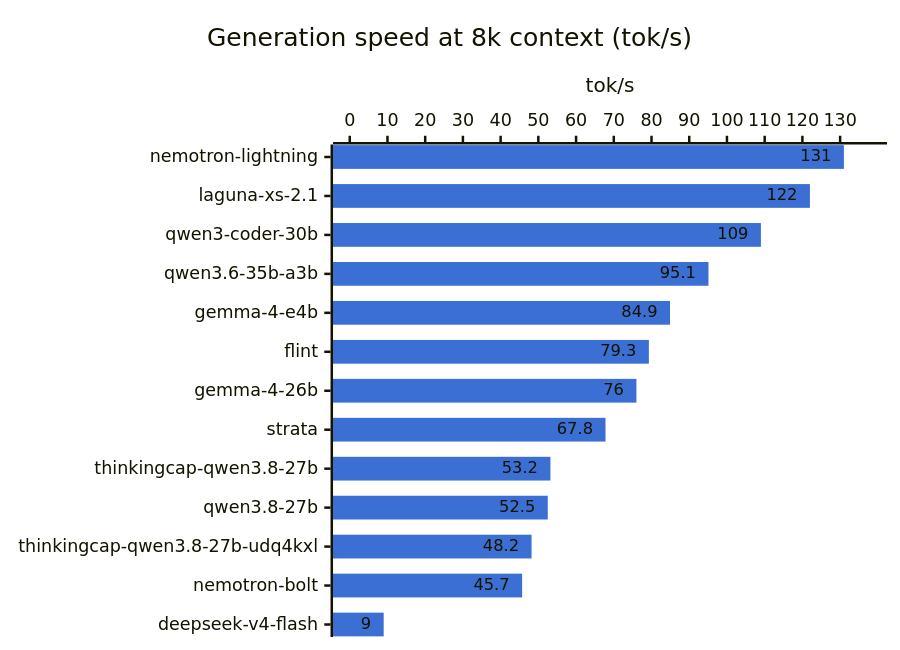
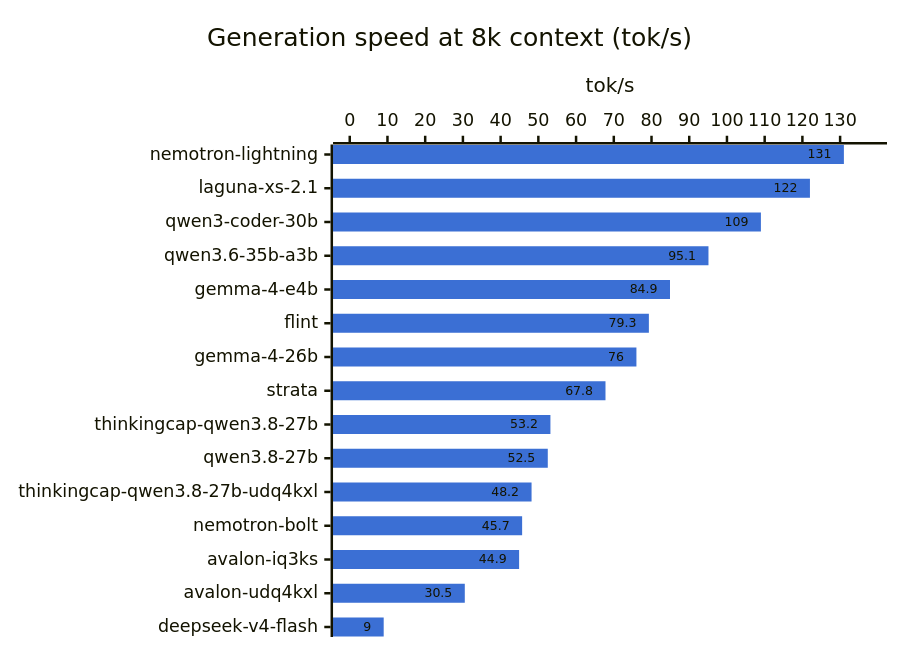
Before and after one commit to hofftodd/ai-bench: the third of 3 diagrams in RESULTS.md, drawn with Mermaid. The commit also changed other lines of this file and 7 other files, not shown here.

First line of the commit message:
Results: Avalon (Qwen3.8-Flash-Next) quick profile at IQ3_KS and UD-Q4_K_XL

````diff
--- a/RESULTS.md
+++ b/RESULTS.md
@@ -52,8 +54,8 @@
 ```mermaid
 %%{init: {"xyChart": {"showDataLabel": true}, "themeVariables": {"xyChart": {"plotColorPalette": "#3b6fd4"}}}}%%
 xychart-beta horizontal
     title "Generation speed at 8k context (tok/s)"
-    x-axis ["nemotron-lightning", "laguna-xs-2.1", "qwen3-coder-30b", "qwen3.6-35b-a3b", "gemma-4-e4b", "flint", "gemma-4-26b", "strata", "thinkingcap-qwen3.8-27b", "qwen3.8-27b", "thinkingcap-qwen3.8-27b-udq4kxl", "nemotron-bolt", "deepseek-v4-flash"]
+    x-axis ["nemotron-lightning", "laguna-xs-2.1", "qwen3-coder-30b", "qwen3.6-35b-a3b", "gemma-4-e4b", "flint", "gemma-4-26b", "strata", "thinkingcap-qwen3.8-27b", "qwen3.8-27b", "thinkingcap-qwen3.8-27b-udq4kxl", "nemotron-bolt", "avalon-iq3ks", "avalon-udq4kxl", "deepseek-v4-flash"]
     y-axis "tok/s" 0 --> 138
-    bar [131.0, 122.0, 109.0, 95.1, 84.9, 79.3, 76.0, 67.8, 53.2, 52.5, 48.2, 45.7, 9.0]
+    bar [131.0, 122.0, 109.0, 95.1, 84.9, 79.3, 76.0, 67.8, 53.2, 52.5, 48.2, 45.7, 44.9, 30.5, 9.0]
 ```
````
